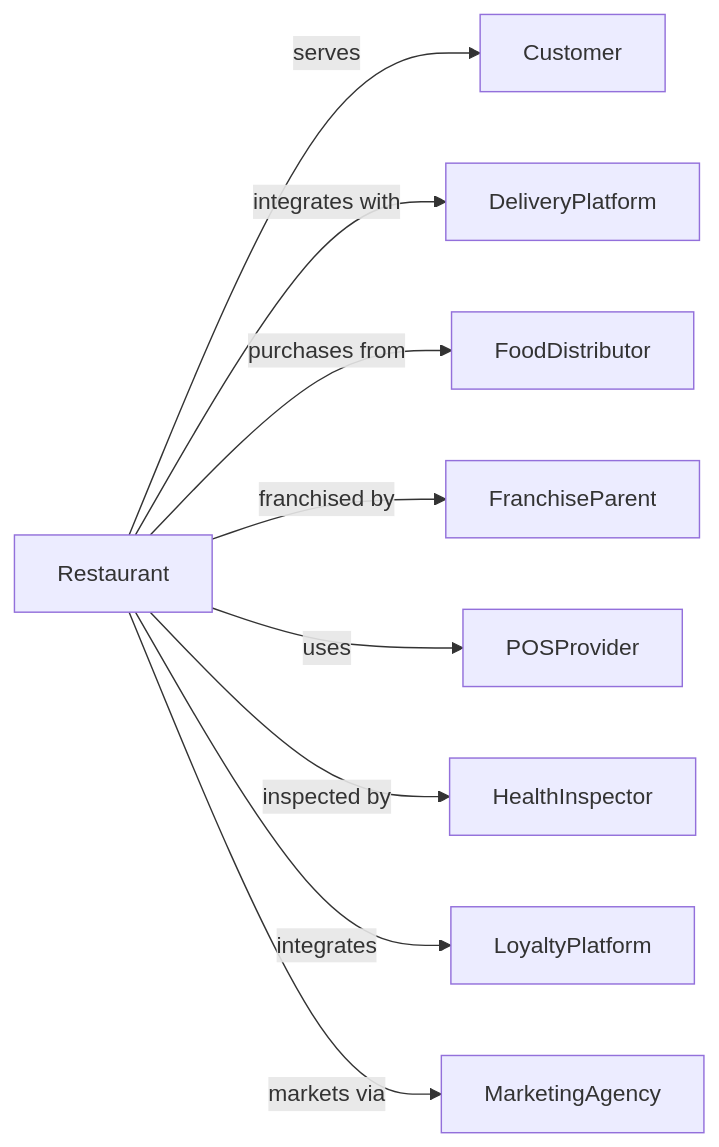
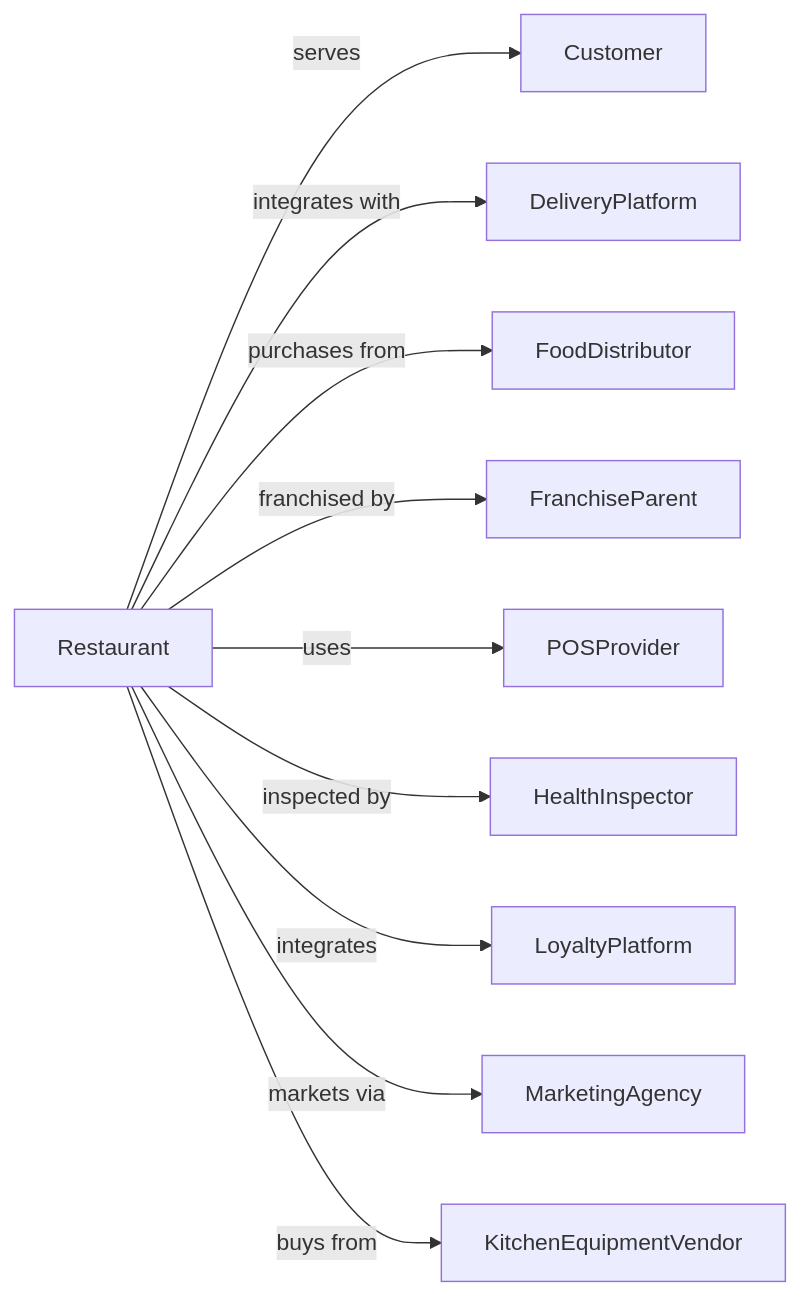
Before and after one commit to dot-org-ai/industries.org.ai: the second of 2 diagrams in Accommodation/FoodServicesAndDrinkingPlaces/RestaurantsAndOtherEatingPlaces/LimitedServiceRestaurants.mdx, drawn with Mermaid. The commit also changed other lines of this file and 588 other files, not shown here.

````diff
--- a/Accommodation/FoodServicesAndDrinkingPlaces/RestaurantsAndOtherEatingPlaces/LimitedServiceRestaurants.mdx
+++ b/Accommodation/FoodServicesAndDrinkingPlaces/RestaurantsAndOtherEatingPlaces/LimitedServiceRestaurants.mdx
@@ -135,13 +135,14 @@
 ```mermaid
 graph LR
     R[Restaurant]
 
     R -->|serves| Customer
     R -->|integrates with| DeliveryPlatform
     R -->|purchases from| FoodDistributor
     R -->|franchised by| FranchiseParent
     R -->|uses| POSProvider
     R -->|inspected by| HealthInspector
     R -->|integrates| LoyaltyPlatform
     R -->|markets via| MarketingAgency
+    R -->|buys from| KitchenEquipmentVendor
 ```
````
